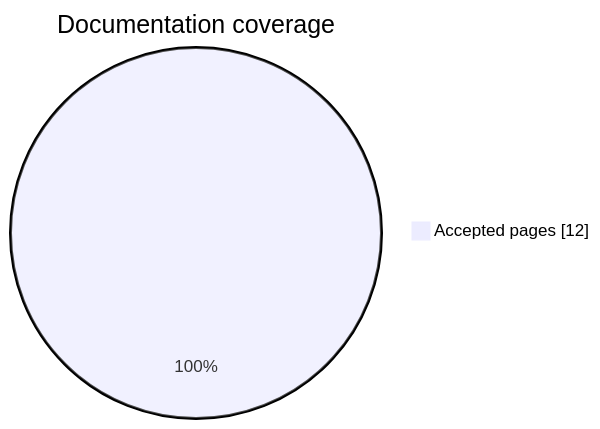
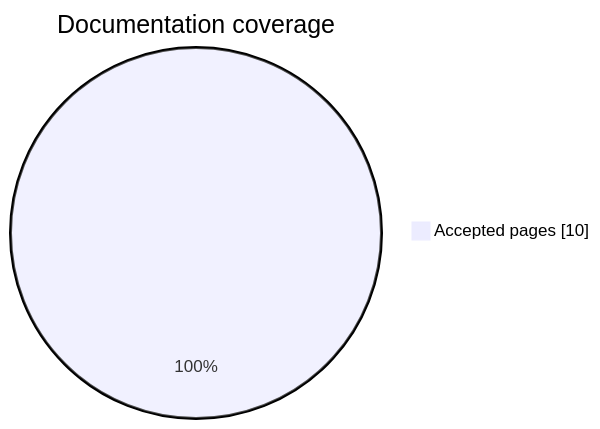
Before and after one commit to norandom/DocuHarnessX: the second of 9 diagrams in docs/index.md, drawn with Mermaid. The commit also changed other lines of this file and 3 other files, not shown here.

````diff
--- a/docs/index.md
+++ b/docs/index.md
@@ -64,5 +62,5 @@
 ```mermaid
 pie showData
   title Documentation coverage
-  "Accepted pages" : 12
+  "Accepted pages" : 10
 ```
````
